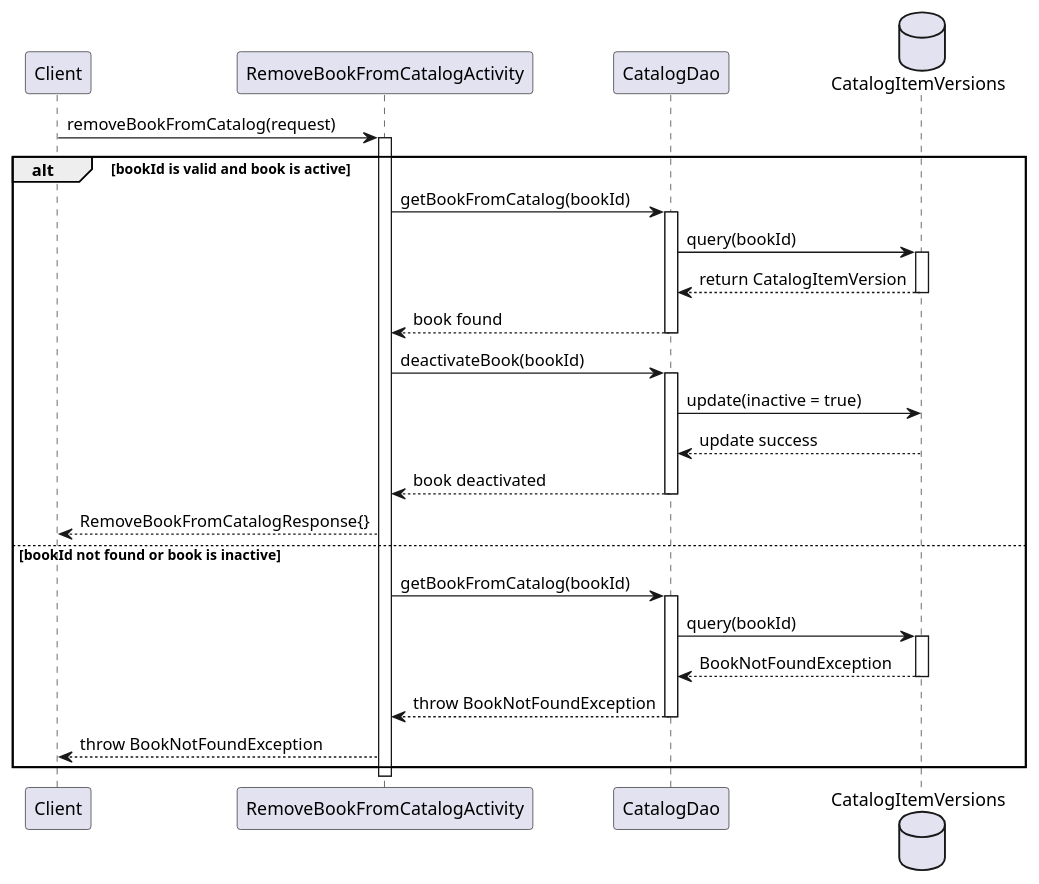
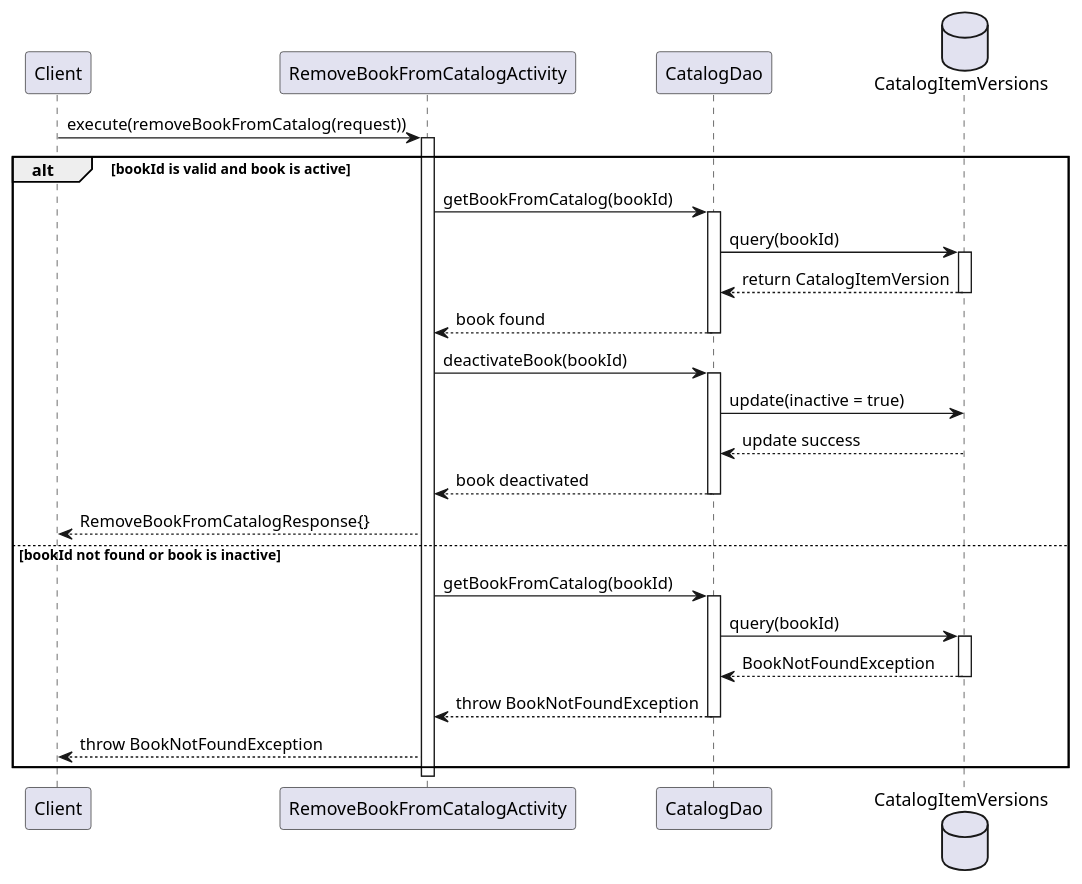
One commit to kennan-grant/publishing-service changed the diagram in src/resources/mastery-task1-remove-book-SD.puml. Above: the diagram before and after it, drawn with PlantUML. The commit also changed 2 other files, not shown here.

```diff
--- a/src/resources/mastery-task1-remove-book-SD.puml
+++ b/src/resources/mastery-task1-remove-book-SD.puml
@@ -1,42 +1,42 @@
 @startuml RemoveBookFromCatalog Sequence Diagram
 
 participant "Client" as client
 participant "RemoveBookFromCatalogActivity" as activity
 participant "CatalogDao" as dao
 database "CatalogItemVersions" as db
 
-client -> activity: removeBookFromCatalog(request)
+client -> activity: execute(removeBookFromCatalog(request))
 activate activity
 
 alt bookId is valid and book is active
     activity -> dao: getBookFromCatalog(bookId)
     activate dao
     dao -> db: query(bookId)
     activate db
     db --> dao: return CatalogItemVersion
     deactivate db
     dao --> activity: book found
     deactivate dao
     activity -> dao: deactivateBook(bookId)
     activate dao
     dao -> db: update(inactive = true)
     db --> dao: update success
     deactivate db
     dao --> activity: book deactivated
     deactivate dao
     activity --> client: RemoveBookFromCatalogResponse{}
 else bookId not found or book is inactive
     activity -> dao: getBookFromCatalog(bookId)
     activate dao
     dao -> db: query(bookId)
     activate db
     db --> dao: BookNotFoundException
     deactivate db
     dao --> activity: throw BookNotFoundException
     deactivate dao
     activity --> client: throw BookNotFoundException
 end
 
 deactivate activity
 
 @enduml
```
